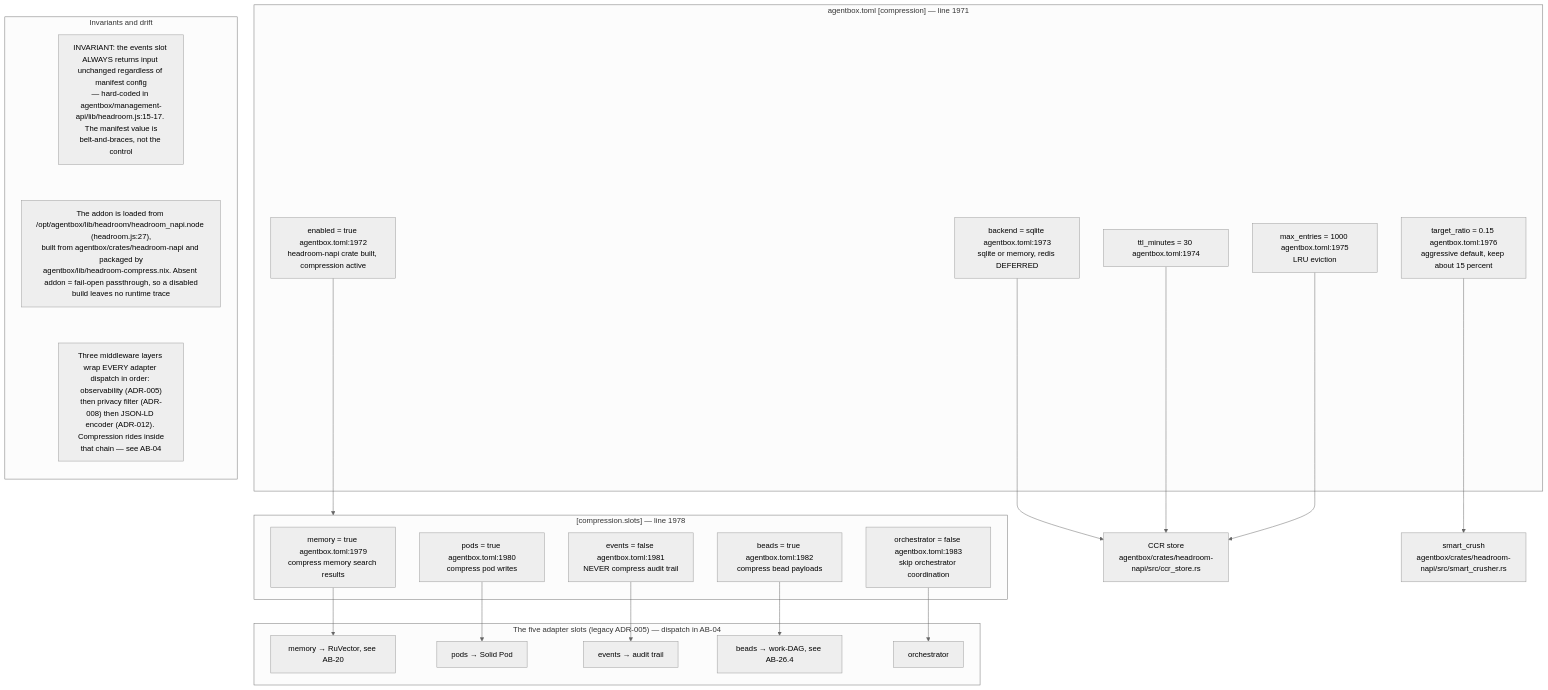
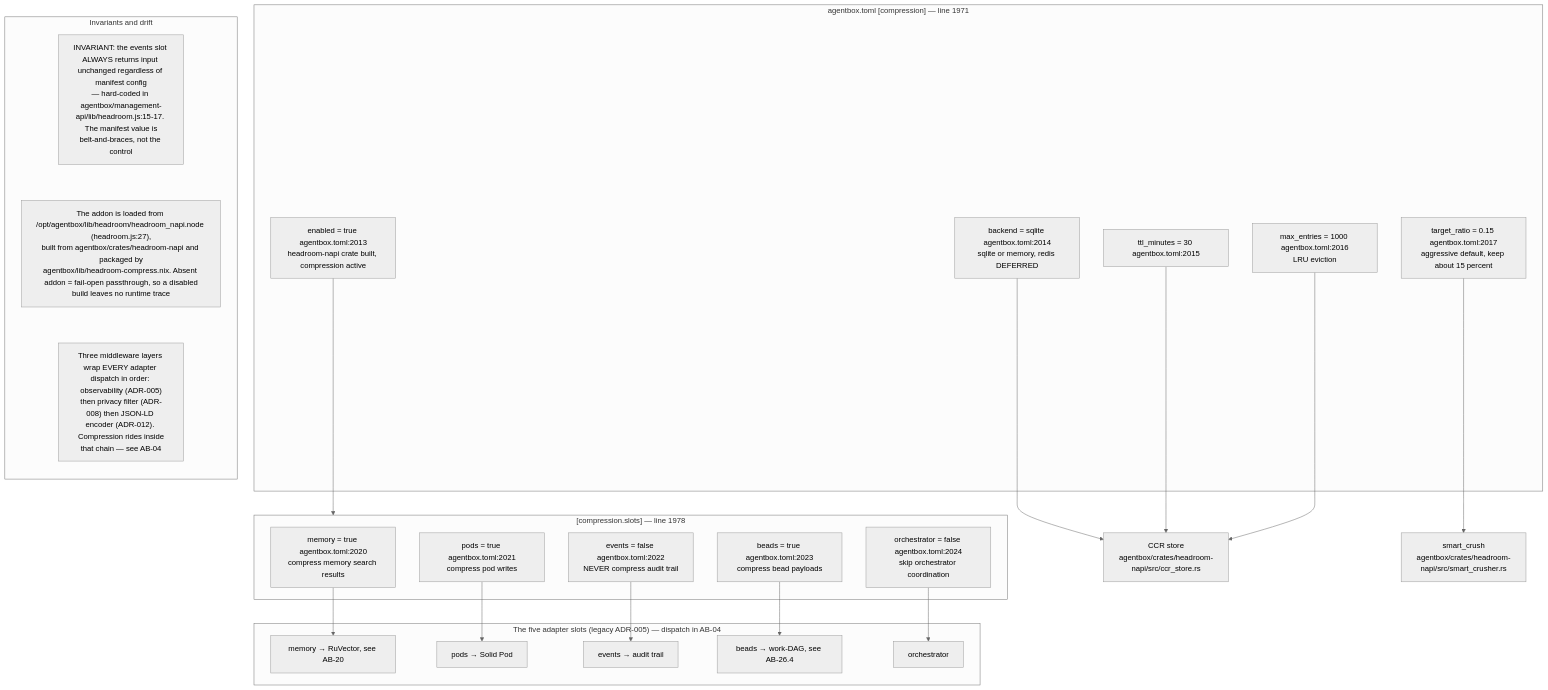
Before and after one commit to DreamLab-AI/VisionFlow: the ninth of 9 diagrams in docs/diagrams/agentbox/26-headroom-beads-spawn-brain.md, drawn with Mermaid (neutral theme). The commit also changed other lines of this file and 94 other files, not shown here.

First line of the commit message:
docs(diagrams): re-verify 130 topics against 2 October HEADs

````diff
--- a/docs/diagrams/agentbox/26-headroom-beads-spawn-brain.md
+++ b/docs/diagrams/agentbox/26-headroom-beads-spawn-brain.md
@@ -363,41 +363,41 @@
 ```mermaid
 flowchart TB
     subgraph man["agentbox.toml [compression] — line 1971"]
-        E["enabled = true agentbox.toml:1972<br/>headroom-napi crate built, compression active"]
-        B["backend = sqlite agentbox.toml:1973<br/>sqlite or memory, redis DEFERRED"]
-        T["ttl_minutes = 30 agentbox.toml:1974"]
-        M["max_entries = 1000 agentbox.toml:1975<br/>LRU eviction"]
-        R["target_ratio = 0.15 agentbox.toml:1976<br/>aggressive default, keep about 15 percent"]
+        E["enabled = true agentbox.toml:2013<br/>headroom-napi crate built, compression active"]
+        B["backend = sqlite agentbox.toml:2014<br/>sqlite or memory, redis DEFERRED"]
+        T["ttl_minutes = 30 agentbox.toml:2015"]
+        M["max_entries = 1000 agentbox.toml:2016<br/>LRU eviction"]
+        R["target_ratio = 0.15 agentbox.toml:2017<br/>aggressive default, keep about 15 percent"]
     end
     subgraph slots["[compression.slots] — line 1978"]
-        S1["memory = true agentbox.toml:1979<br/>compress memory search results"]
-        S2["pods = true agentbox.toml:1980<br/>compress pod writes"]
-        S3["events = false agentbox.toml:1981<br/>NEVER compress audit trail"]
-        S4["beads = true agentbox.toml:1982<br/>compress bead payloads"]
-        S5["orchestrator = false agentbox.toml:1983<br/>skip orchestrator coordination"]
+        S1["memory = true agentbox.toml:2020<br/>compress memory search results"]
+        S2["pods = true agentbox.toml:2021<br/>compress pod writes"]
+        S3["events = false agentbox.toml:2022<br/>NEVER compress audit trail"]
+        S4["beads = true agentbox.toml:2023<br/>compress bead payloads"]
+        S5["orchestrator = false agentbox.toml:2024<br/>skip orchestrator coordination"]
     end
     subgraph adapters["The five adapter slots (legacy ADR-005) — dispatch in AB-04"]
         A1["memory → RuVector, see AB-20"]
         A2["pods → Solid Pod"]
         A3["events → audit trail"]
         A4["beads → work-DAG, see AB-26.4"]
         A5["orchestrator"]
     end
     E --> slots
     S1 --> A1
     S2 --> A2
     S3 --> A3
     S4 --> A4
     S5 --> A5
     B --> CCR["CCR store<br/>agentbox/crates/headroom-napi/src/ccr_store.rs"]
     T --> CCR
     M --> CCR
     R --> SC["smart_crush<br/>agentbox/crates/headroom-napi/src/smart_crusher.rs"]
     subgraph notes["Invariants and drift"]
         direction TB
         N1["INVARIANT: the events slot ALWAYS returns input unchanged regardless of manifest config<br/>— hard-coded in agentbox/management-api/lib/headroom.js:15-17. The manifest value is<br/>belt-and-braces, not the control"]
         N2["The addon is loaded from /opt/agentbox/lib/headroom/headroom_napi.node (headroom.js:27),<br/>built from agentbox/crates/headroom-napi and packaged by<br/>agentbox/lib/headroom-compress.nix. Absent addon = fail-open passthrough, so a disabled<br/>build leaves no runtime trace"]
         N3["Three middleware layers wrap EVERY adapter dispatch in order: observability (ADR-005)<br/>then privacy filter (ADR-008) then JSON-LD encoder (ADR-012). Compression rides inside<br/>that chain — see AB-04"]
         N1 ~~~ N2 ~~~ N3
     end
 ```
````
